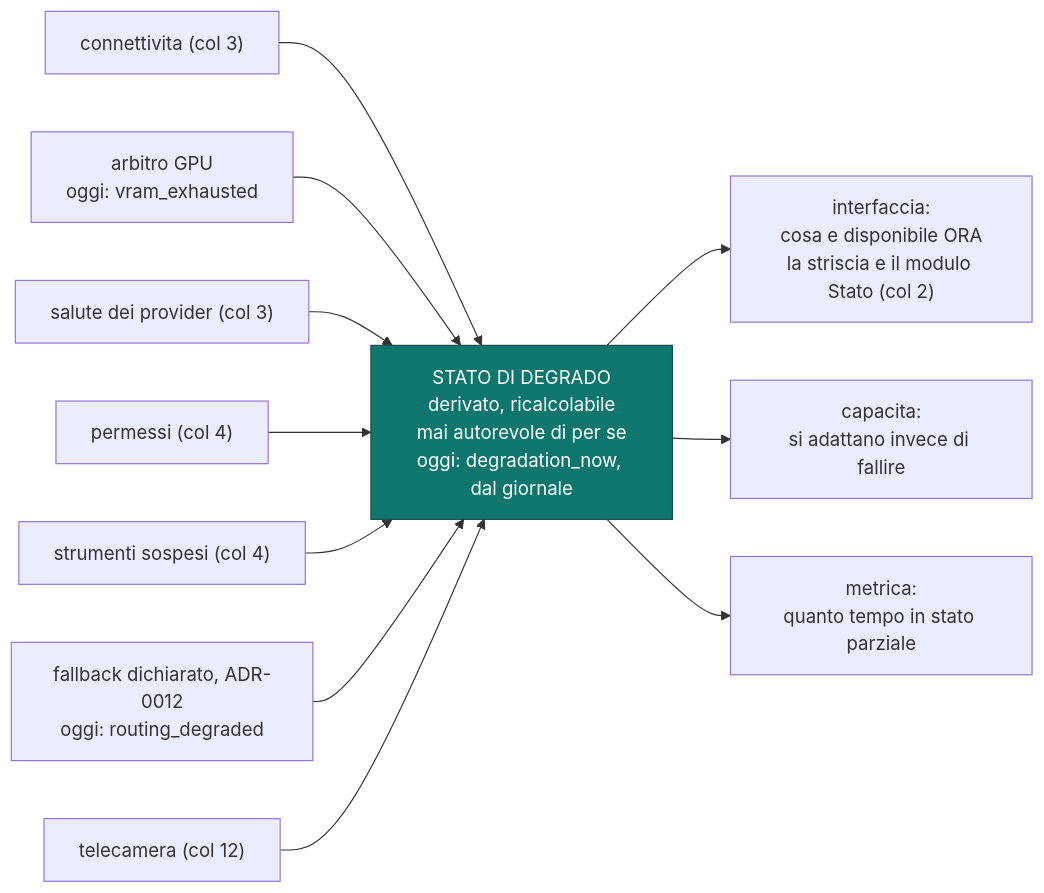
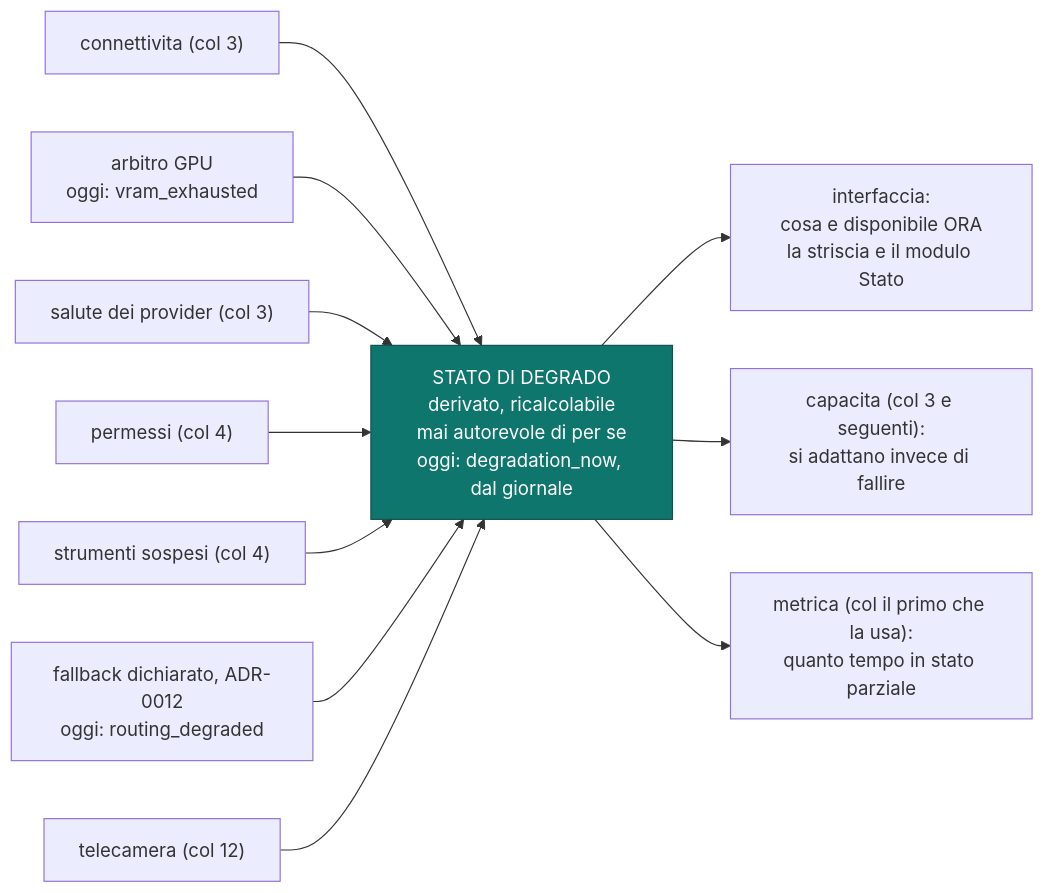
Before and after one commit to devfrx/daemon: the first of 2 diagrams in docs/design/07-osservabilita-e-degrado.md, drawn with Mermaid. The commit also changed other lines of this file and 1 other file, not shown here.

First line of the commit message:
audit(2026-09-30): i diagrammi 07 e 08 dicono il vero di oggi, col segno (col N) su ciò che è deciso e non costruito

````diff
--- a/docs/design/07-osservabilita-e-degrado.md
+++ b/docs/design/07-osservabilita-e-degrado.md
@@ -42,17 +49,17 @@
 ```mermaid
 flowchart LR
     E1["connettivita (col 3)"] --> S
     E2["arbitro GPU<br/>oggi: vram_exhausted"] --> S
     E3["salute dei provider (col 3)"] --> S
     E4["permessi (col 4)"] --> S
     E5["strumenti sospesi (col 4)"] --> S
     E6["fallback dichiarato, ADR-0012<br/>oggi: routing_degraded"] --> S
     E7["telecamera (col 12)"] --> S
     S["STATO DI DEGRADO<br/>derivato, ricalcolabile<br/>mai autorevole di per se<br/>oggi: degradation_now, dal giornale"]
-    S --> U["interfaccia:<br/>cosa e disponibile ORA<br/>la striscia e il modulo Stato (col 2)"]
-    S --> C["capacita:<br/>si adattano invece di fallire"]
-    S --> M["metrica:<br/>quanto tempo in stato parziale"]
+    S --> U["interfaccia:<br/>cosa e disponibile ORA<br/>la striscia e il modulo Stato"]
+    S --> C["capacita (col 3 e seguenti):<br/>si adattano invece di fallire"]
+    S --> M["metrica (col il primo che la usa):<br/>quanto tempo in stato parziale"]
 
     classDef der fill:#0f766e,stroke:#134e4a,color:#fff
     class S der
 ```
````
